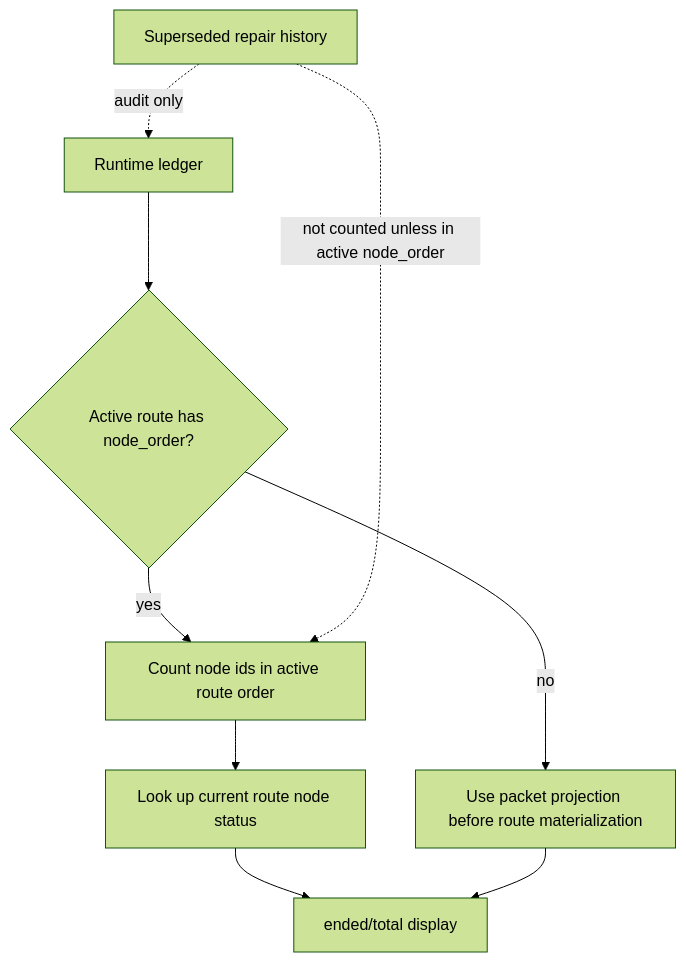
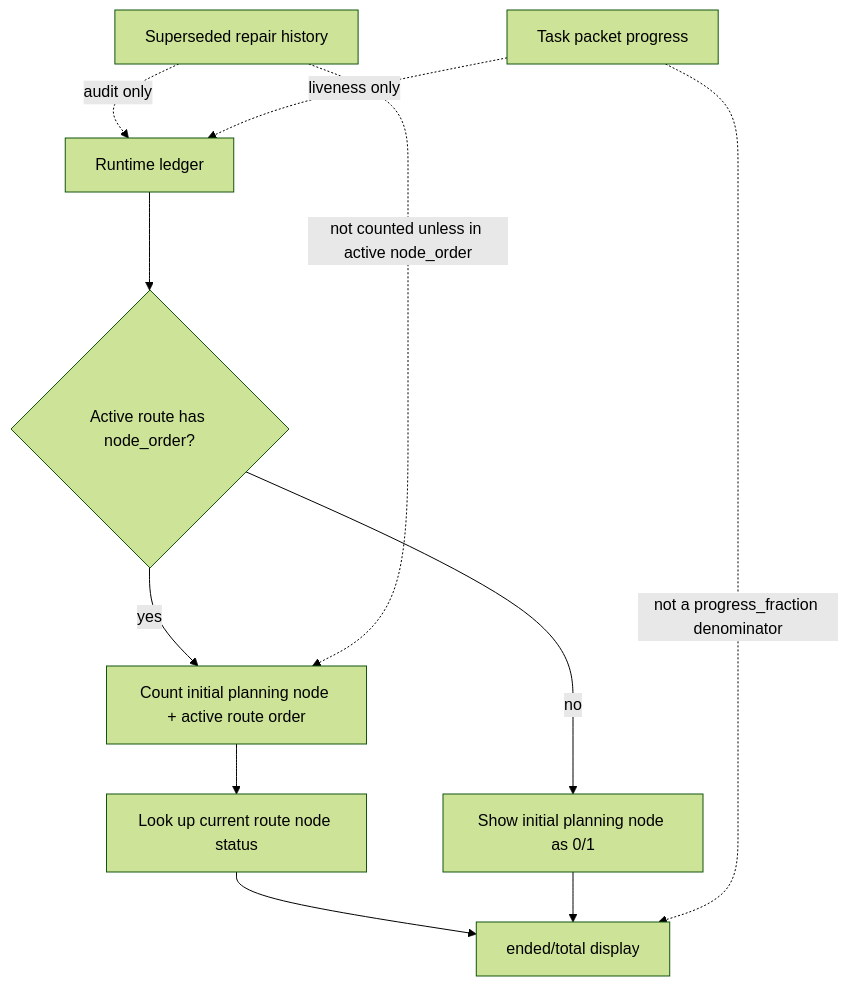
Before and after one commit to liuyingxuvka/FlowPilot: the diagram in openspec/changes/show-active-route-progress-only/design.md, drawn with Mermaid (forest theme). The commit also changed other lines of this file and 8 other files, not shown here.

Commit message:
Stabilize FlowPilot progress fraction

````diff
--- a/openspec/changes/show-active-route-progress-only/design.md
+++ b/openspec/changes/show-active-route-progress-only/design.md
@@ -36,11 +42,13 @@
 ```mermaid
 flowchart TD
   A[Runtime ledger] --> B{Active route has node_order?}
-  B -- yes --> C[Count node ids in active route order]
+  B -- yes --> C[Count initial planning node + active route order]
   C --> D[Look up current route node status]
   D --> E[ended/total display]
-  B -- no --> F[Use packet projection before route materialization]
+  B -- no --> F[Show initial planning node as 0/1]
   F --> E
   G[Superseded repair history] -. audit only .-> A
   G -. not counted unless in active node_order .-> C
+  H[Task packet progress] -. liveness only .-> A
+  H -. not a progress_fraction denominator .-> E
 ```
````
